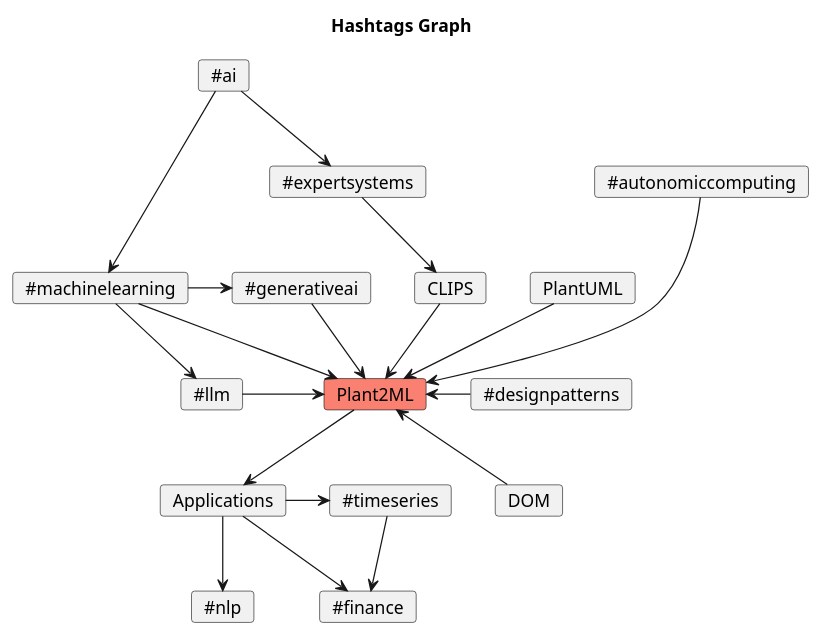
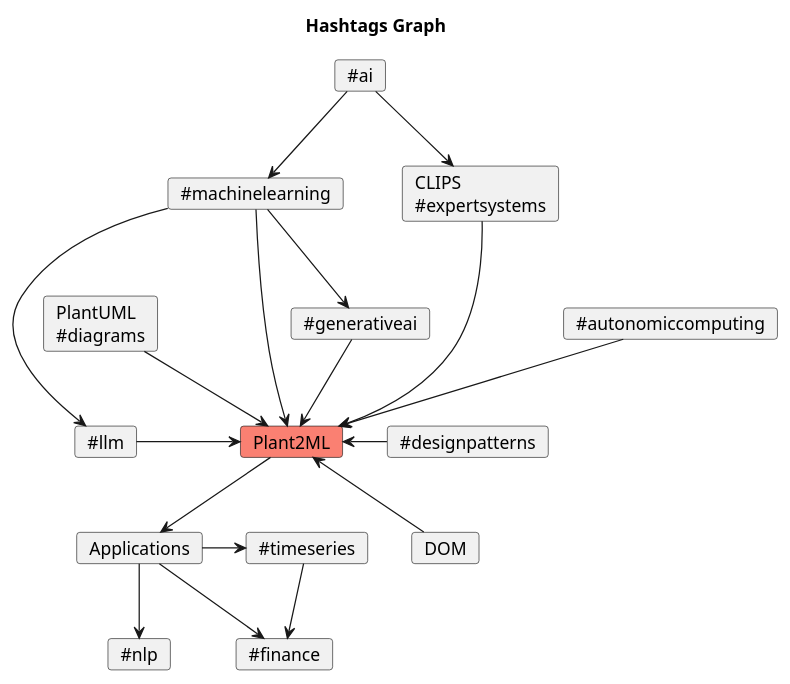
The diagram in diagrams/hashtags.puml (mirceat/Plant2ML-Weekly), drawn with PlantUML before and after one commit. The commit also changed 1 other file, not shown here.

```diff
--- a/diagrams/hashtags.puml
+++ b/diagrams/hashtags.puml
@@ -1,40 +1,41 @@
 @startuml
 
 title Hashtags Graph
 
 card Plant2ML #salmon
-card PlantUML
+card "PlantUML\n~#diagrams" as PlantUML
 card "~#machinelearning" as ML
 card "~#llm" as LLM
 card "~#ai" as AI
-card "~#expertsystems" as ES
-card CLIPS
+card "CLIPS\n~#expertsystems" as ES
+'card CLIPS
 card "~#generativeai" as GenerativeAI
 card Applications
 card "~#timeseries" as Timeseries
 card "~#nlp" as nlp
 card "~#finance" as Finance
 card "~#designpatterns" as DesignPatterns
 card "~#autonomiccomputing" as Autonomic
 card DOM
 
 PlantUML --> Plant2ML
 ML --> Plant2ML
 ML --> LLM
-AI -> ML
+AI --> ML
 AI --> ES
-ES --> CLIPS
-ML -> GenerativeAI
+'ES --> CLIPS
+ML --> GenerativeAI
 GenerativeAI --> Plant2ML
 Applications -> Timeseries
 Timeseries --> Finance
 Applications --> nlp
 Plant2ML --> Applications
 Plant2ML <- DesignPatterns
 LLM -> Plant2ML
-CLIPS --> Plant2ML
-Autonomic ---> Plant2ML
+'CLIPS --> Plant2ML
+ES --> Plant2ML
+Autonomic --> Plant2ML
 Plant2ML <-- DOM
 Applications --> Finance
 
 @enduml
```
